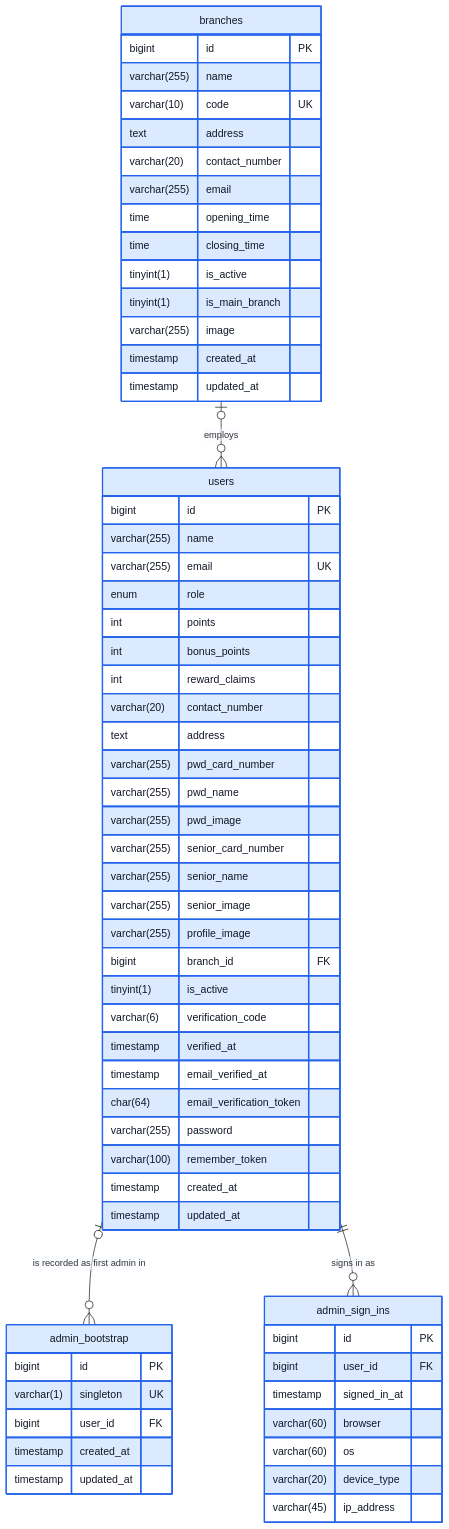
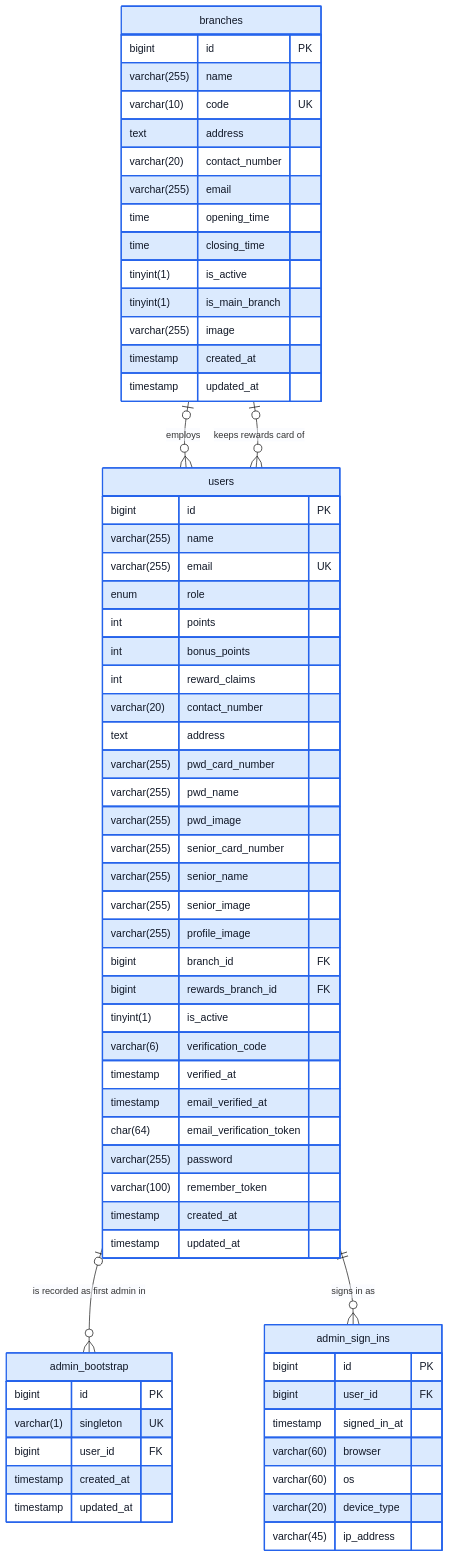
One commit to DuckonSteroidzz/POMIDA changed the diagram in docs/erd/mmd/01-users-branches.mmd. Above: the diagram before and after it, drawn with Mermaid (base theme). The commit also changed 101 other files, not shown here.

Commit message:
Add GCash proof and branch rewards improvements

```diff
--- a/docs/erd/mmd/01-users-branches.mmd
+++ b/docs/erd/mmd/01-users-branches.mmd
@@ -1,75 +1,77 @@
-%% POMIDA ERD - POMIDA — Module 1: Users & Branches - generated 2026-10-31 from pomida_db_testing
+%% POMIDA ERD - POMIDA — Module 1: Users & Branches - generated 2026-11-03 from pomida_db
 %% Solid line = database foreign key. Dotted line = model-only relationship (Eloquent, no database FK).
 %% In this source "decimal(10_2)" stands for decimal(10,2): Mermaid cannot parse a comma inside a type.
 erDiagram
     users {
         bigint id PK
         varchar(255) name
         varchar(255) email UK
         enum role
         int points
         int bonus_points
         int reward_claims
         varchar(20) contact_number
         text address
         varchar(255) pwd_card_number
         varchar(255) pwd_name
         varchar(255) pwd_image
         varchar(255) senior_card_number
         varchar(255) senior_name
         varchar(255) senior_image
         varchar(255) profile_image
         bigint branch_id FK
+        bigint rewards_branch_id FK
         tinyint(1) is_active
         varchar(6) verification_code
         timestamp verified_at
         timestamp email_verified_at
         char(64) email_verification_token
         varchar(255) password
         varchar(100) remember_token
         timestamp created_at
         timestamp updated_at
     }
     branches {
         bigint id PK
         varchar(255) name
         varchar(10) code UK
         text address
         varchar(20) contact_number
         varchar(255) email
         time opening_time
         time closing_time
         tinyint(1) is_active
         tinyint(1) is_main_branch
         varchar(255) image
         timestamp created_at
         timestamp updated_at
     }
     admin_bootstrap {
         bigint id PK
         varchar(1) singleton UK
         bigint user_id FK
         timestamp created_at
         timestamp updated_at
     }
     admin_sign_ins {
         bigint id PK
         bigint user_id FK
         timestamp signed_in_at
         varchar(60) browser
         varchar(60) os
         varchar(20) device_type
         varchar(45) ip_address
     }
 
     branches |o--o{ users : "employs"
+    branches |o--o{ users : "keeps rewards card of"
     users |o--o{ admin_bootstrap : "is recorded as first admin in"
     users ||--o{ admin_sign_ins : "signs in as"
 
     classDef mod_users fill:#dbeafe,stroke:#2563eb,stroke-width:2px,color:#111827
     classDef mod_menu fill:#fef3c7,stroke:#d97706,stroke-width:2px,color:#111827
     classDef mod_orders fill:#dcfce7,stroke:#16a34a,stroke-width:2px,color:#111827
     classDef mod_inventory fill:#fce7f3,stroke:#db2777,stroke-width:2px,color:#111827
     classDef mod_marketing fill:#ede9fe,stroke:#7c3aed,stroke-width:2px,color:#111827
     classDef ext fill:#f1f5f9,stroke:#94a3b8,stroke-width:2px,stroke-dasharray:5 4,color:#475569
     class users,branches,admin_bootstrap,admin_sign_ins mod_users
```
